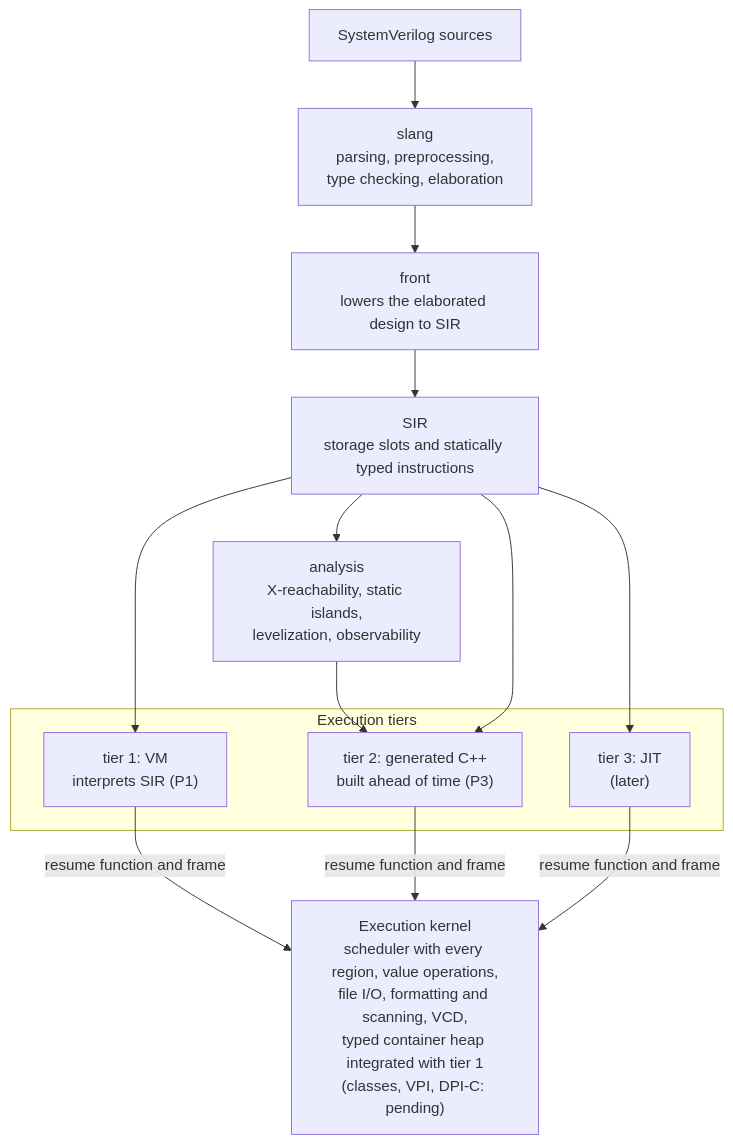
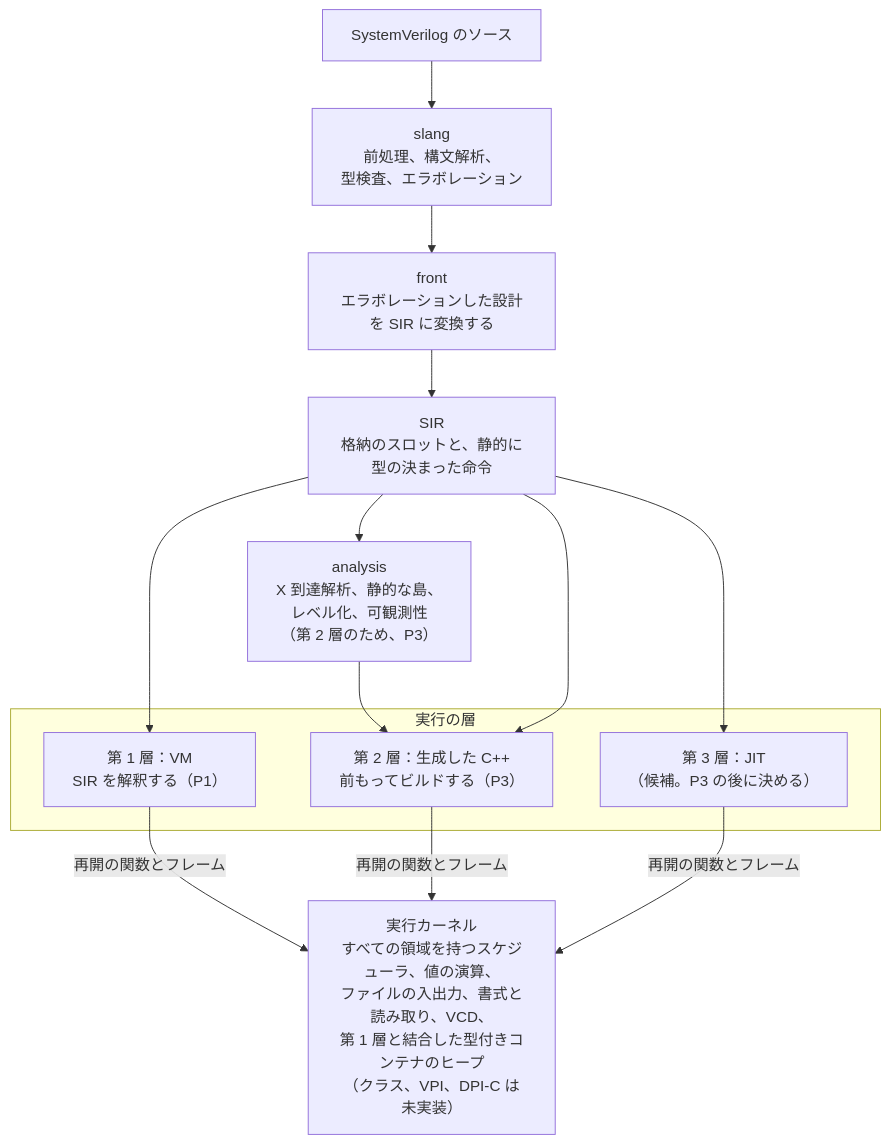
The first of 2 diagrams in docs/ARCHITECTURE.ja.md (kurochan001/kirimasim), drawn with Mermaid before and after one commit. The commit also changed 3 other files, not shown here.

First line of the commit message:
Correct the How it works diagram, and make its four copies agree

````diff
--- a/docs/ARCHITECTURE.ja.md
+++ b/docs/ARCHITECTURE.ja.md
@@ -13,22 +13,22 @@
 ```mermaid
 flowchart TD
-    src["SystemVerilog sources"]
-    slang["slang<br/>parsing, preprocessing,<br/>type checking, elaboration"]
-    front["front<br/>lowers the elaborated design to SIR"]
-    sir["SIR<br/>storage slots and statically typed instructions"]
-    analysis["analysis<br/>X-reachability, static islands,<br/>levelization, observability"]
-    subgraph tiers["Execution tiers"]
-        t1["tier 1: VM<br/>interprets SIR (P1)"]
-        t2["tier 2: generated C++<br/>built ahead of time (P3)"]
-        t3["tier 3: JIT<br/>(later)"]
+    src["SystemVerilog のソース"]
+    slang["slang<br/>前処理、構文解析、<br/>型検査、エラボレーション"]
+    front["front<br/>エラボレーションした設計を SIR に変換する"]
+    sir["SIR<br/>格納のスロットと、静的に型の決まった命令"]
+    analysis["analysis<br/>X 到達解析、静的な島、<br/>レベル化、可観測性<br/>（第 2 層のため、P3）"]
+    subgraph tiers["実行の層"]
+        t1["第 1 層：VM<br/>SIR を解釈する（P1）"]
+        t2["第 2 層：生成した C++<br/>前もってビルドする（P3）"]
+        t3["第 3 層：JIT<br/>（候補。P3 の後に決める）"]
     end
-    kernel["Execution kernel<br/>scheduler with every region, value operations,<br/>file I/O, formatting and scanning, VCD,<br/>typed container heap integrated with tier 1<br/>(classes, VPI, DPI-C: pending)"]
+    kernel["実行カーネル<br/>すべての領域を持つスケジューラ、値の演算、<br/>ファイルの入出力、書式と読み取り、VCD、<br/>第 1 層と結合した型付きコンテナのヒープ<br/>（クラス、VPI、DPI-C は未実装）"]
     src --> slang --> front --> sir
     sir --> t1
     sir --> analysis --> t2
     sir --> t2
     sir --> t3
-    t1 -->|"resume function and frame"| kernel
-    t2 -->|"resume function and frame"| kernel
-    t3 -->|"resume function and frame"| kernel
+    t1 -->|"再開の関数とフレーム"| kernel
+    t2 -->|"再開の関数とフレーム"| kernel
+    t3 -->|"再開の関数とフレーム"| kernel
 ```
````
